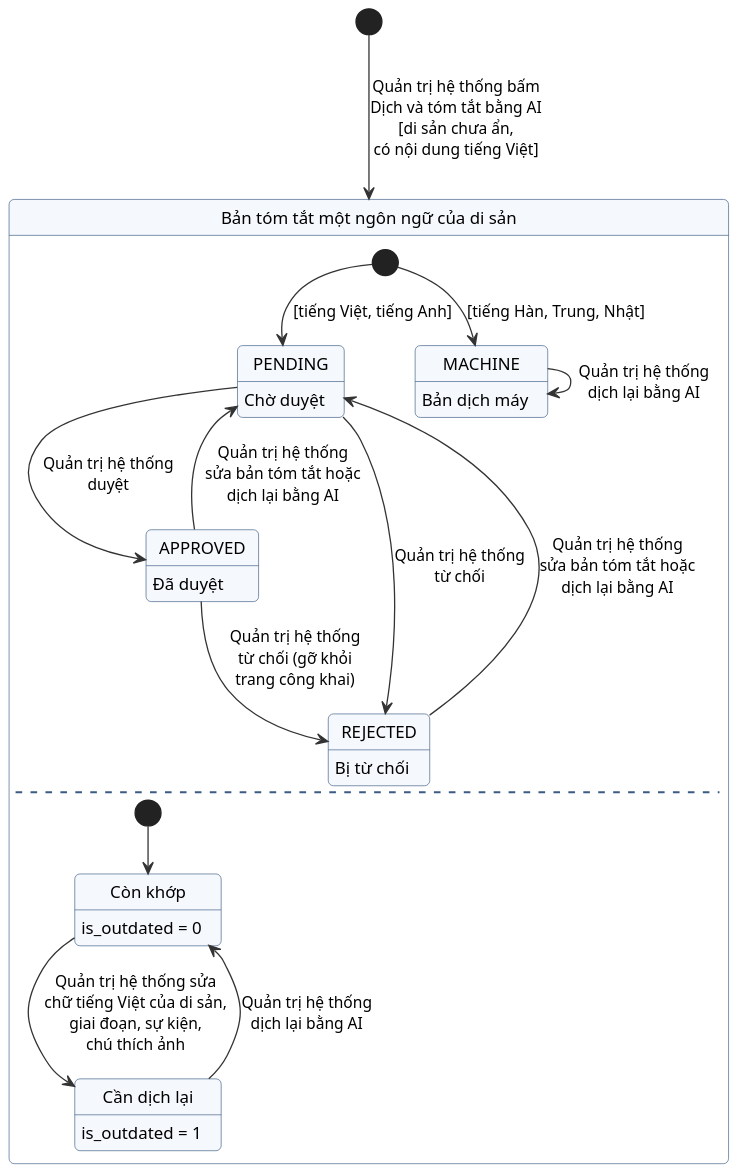
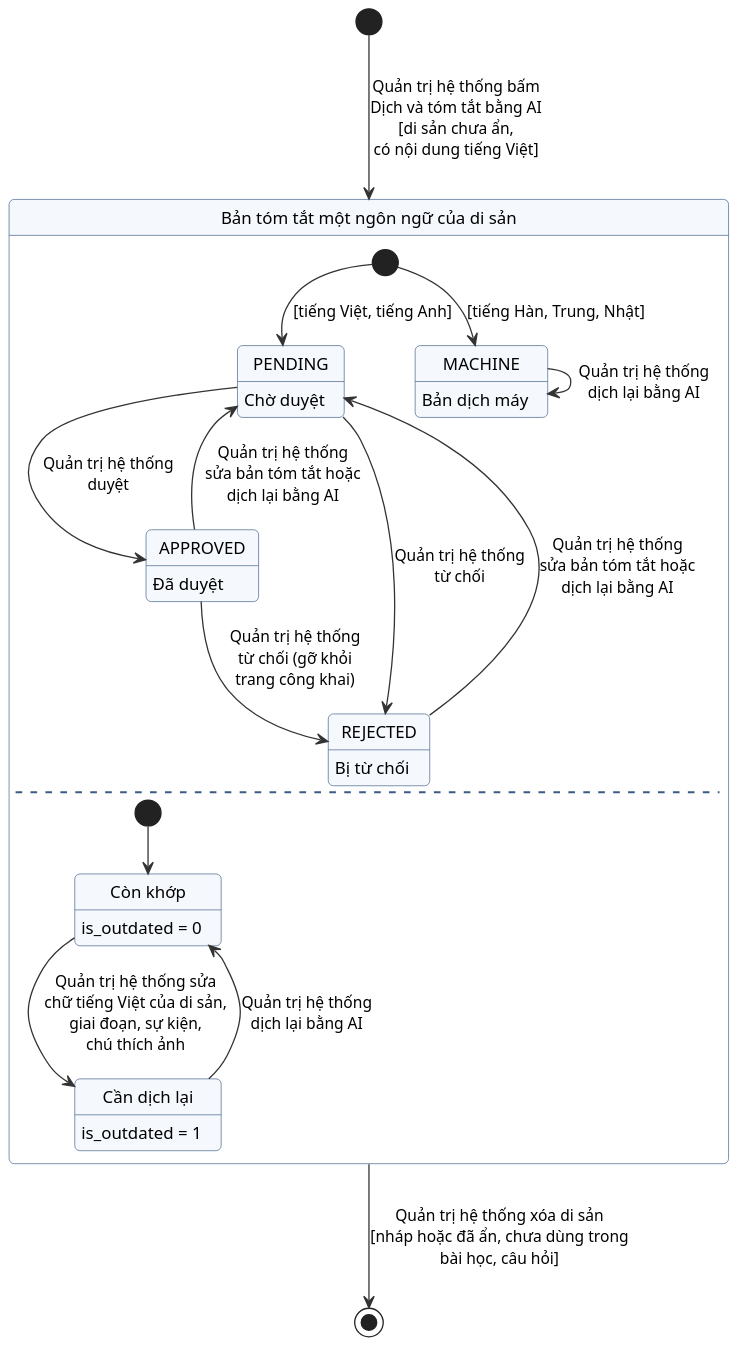
The diagram in docs/so-do/vi/trang-thai-tom-tat-di-san.puml (Nho2708/BE_Cultural_Heritage-), drawn with PlantUML before and after one commit. The commit also changed 23 other files, not shown here.

First line of the commit message:
Update design diagrams and database overview to the current behavior (#50)

```diff
--- a/docs/so-do/vi/trang-thai-tom-tat-di-san.puml
+++ b/docs/so-do/vi/trang-thai-tom-tat-di-san.puml
@@ -1,48 +1,49 @@
 @startuml
 skinparam defaultFontName Arial
 skinparam defaultFontSize 13
 skinparam dpi 150
 skinparam shadowing false
 skinparam roundCorner 8
 skinparam ArrowColor #333333
 skinparam ArrowFontSize 12
 skinparam ActivityBackgroundColor #F5F8FC
 skinparam ActivityBorderColor #3B5B85
 skinparam ActivityDiamondBackgroundColor #FFF6E5
 skinparam ActivityDiamondBorderColor #B7791F
 skinparam SwimlaneTitleFontStyle bold
 skinparam StateBackgroundColor #F5F8FC
 skinparam StateBorderColor #3B5B85
 skinparam ComponentBackgroundColor #F5F8FC
 skinparam ComponentBorderColor #3B5B85
 skinparam NodeBackgroundColor #FFFFFF
 skinparam NodeBorderColor #555555
 skinparam DatabaseBackgroundColor #F5F8FC
 skinparam CloudBackgroundColor #FFFFFF
 skinparam ClassBackgroundColor #FFFFFF
 skinparam ClassBorderColor #3B5B85
 skinparam ClassHeaderBackgroundColor #E8EEF6
 skinparam PackageBorderColor #8A9BB3
 hide empty description
 state "Bản tóm tắt một ngôn ngữ của di sản" as SUMMARY_ROW {
   state PENDING : Chờ duyệt
   state APPROVED : Đã duyệt
   state REJECTED : Bị từ chối
   state MACHINE : Bản dịch máy
   [*] --> PENDING : [tiếng Việt, tiếng Anh]
   [*] --> MACHINE : [tiếng Hàn, Trung, Nhật]
   PENDING --> APPROVED : Quản trị hệ thống\nduyệt
   PENDING --> REJECTED : Quản trị hệ thống\ntừ chối
   APPROVED --> REJECTED : Quản trị hệ thống\ntừ chối (gỡ khỏi\ntrang công khai)
   APPROVED --> PENDING : Quản trị hệ thống\nsửa bản tóm tắt hoặc\ndịch lại bằng AI
   REJECTED --> PENDING : Quản trị hệ thống\nsửa bản tóm tắt hoặc\ndịch lại bằng AI
   MACHINE --> MACHINE : Quản trị hệ thống\ndịch lại bằng AI
   --
   state "Còn khớp" as CURRENT : is_outdated = 0
   state "Cần dịch lại" as OUTDATED : is_outdated = 1
   [*] --> CURRENT
   CURRENT --> OUTDATED : Quản trị hệ thống sửa\nchữ tiếng Việt của di sản,\ngiai đoạn, sự kiện,\nchú thích ảnh
   OUTDATED --> CURRENT : Quản trị hệ thống\ndịch lại bằng AI
 }
+SUMMARY_ROW --> [*] : Quản trị hệ thống xóa di sản\n[nháp hoặc đã ẩn, chưa dùng trong\nbài học, câu hỏi]
 [*] --> SUMMARY_ROW : Quản trị hệ thống bấm\nDịch và tóm tắt bằng AI\n[di sản chưa ẩn,\ncó nội dung tiếng Việt]
 @enduml
```
